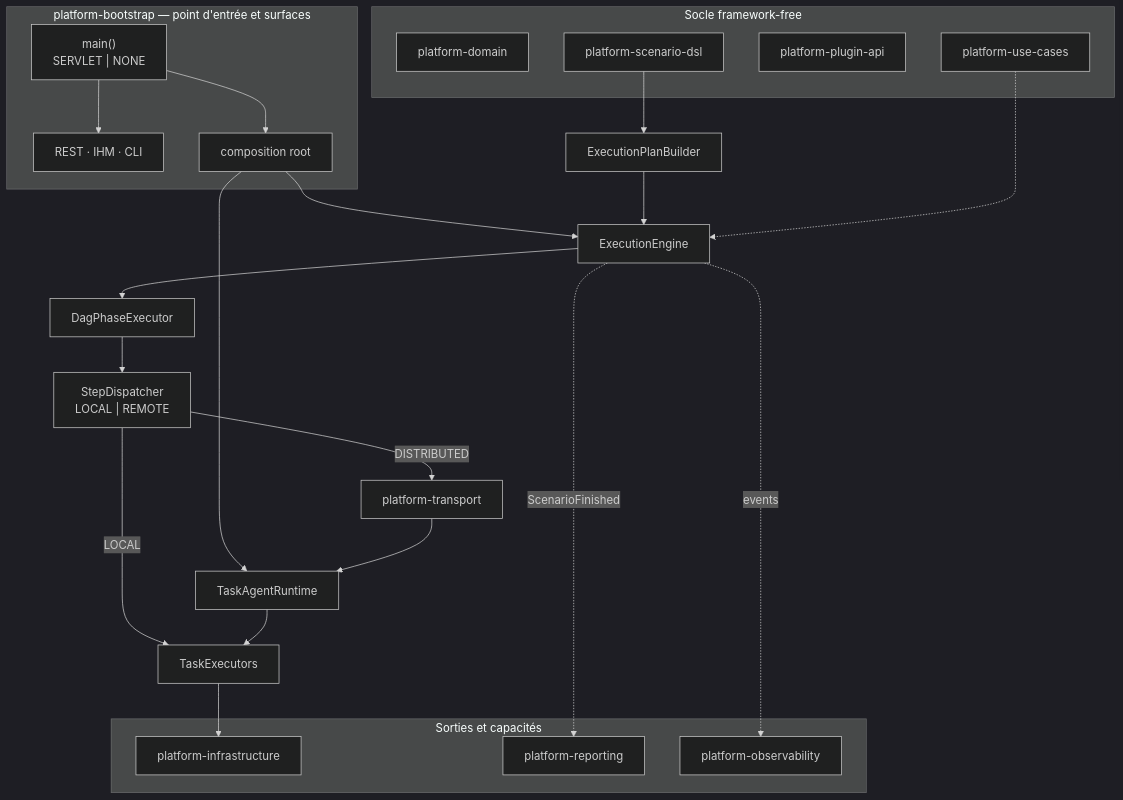
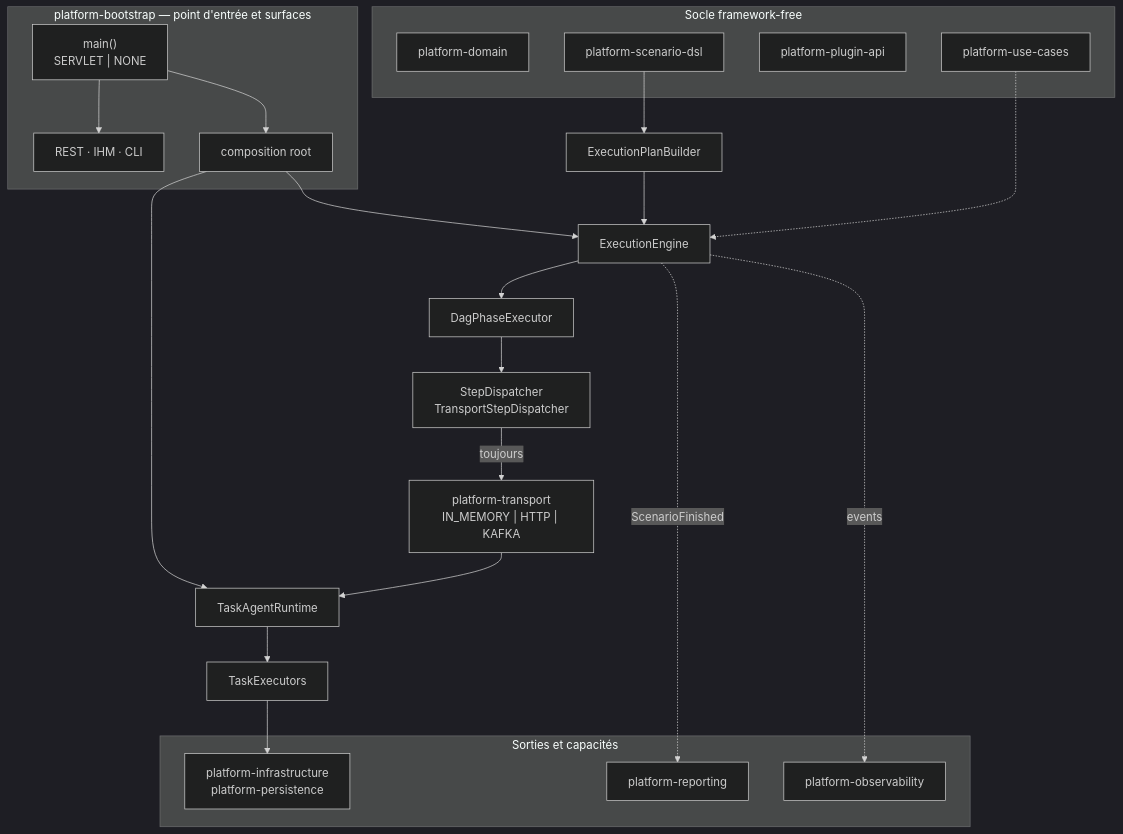
One commit to DIFRIN/performance-platform changed the first of 8 diagrams in docs/knowledge/architecture.md. Above: the diagram before and after it, drawn with Mermaid (dark theme). The commit also changed other lines of this file and 468 other files, not shown here.

````diff
--- a/docs/knowledge/architecture.md
+++ b/docs/knowledge/architecture.md
@@ -54,45 +61,44 @@
 ```mermaid
 flowchart TB
   subgraph APP["platform-bootstrap — point d'entrée et surfaces"]
     MAIN["main()<br/>SERVLET | NONE"]
     SURFACES["REST · IHM · CLI"]
     ROOT["composition root"]
   end
 
   subgraph CORE["Socle framework-free"]
     DOMAIN["platform-domain"]
     PORTS["platform-use-cases"]
     PLUGIN["platform-plugin-api"]
     DSL["platform-scenario-dsl"]
   end
 
   PLAN["ExecutionPlanBuilder"]
   ENGINE["ExecutionEngine"]
   DAG["DagPhaseExecutor"]
-  DISP["StepDispatcher<br/>LOCAL | REMOTE"]
+  DISP["StepDispatcher<br/>TransportStepDispatcher"]
   AGENT["TaskAgentRuntime"]
   EXECS["TaskExecutors"]
-  TRANSPORT["platform-transport"]
+  TRANSPORT["platform-transport<br/>IN_MEMORY | HTTP | KAFKA"]
 
   subgraph SUPPORT["Sorties et capacités"]
-    INFRA["platform-infrastructure"]
+    INFRA["platform-infrastructure<br/>platform-persistence"]
     REPORT["platform-reporting"]
     OBS["platform-observability"]
   end
 
   MAIN --> SURFACES
   MAIN --> ROOT
   ROOT --> ENGINE
   ROOT --> AGENT
   DSL --> PLAN
   PLAN --> ENGINE
   PORTS -.-> ENGINE
   ENGINE --> DAG --> DISP
-  DISP -->|LOCAL| EXECS
-  DISP -->|DISTRIBUTED| TRANSPORT
+  DISP -->|"toujours"| TRANSPORT
   TRANSPORT --> AGENT
   AGENT --> EXECS
   EXECS --> INFRA
   ENGINE -.->|ScenarioFinished| REPORT
   ENGINE -.->|events| OBS
 ```
````
